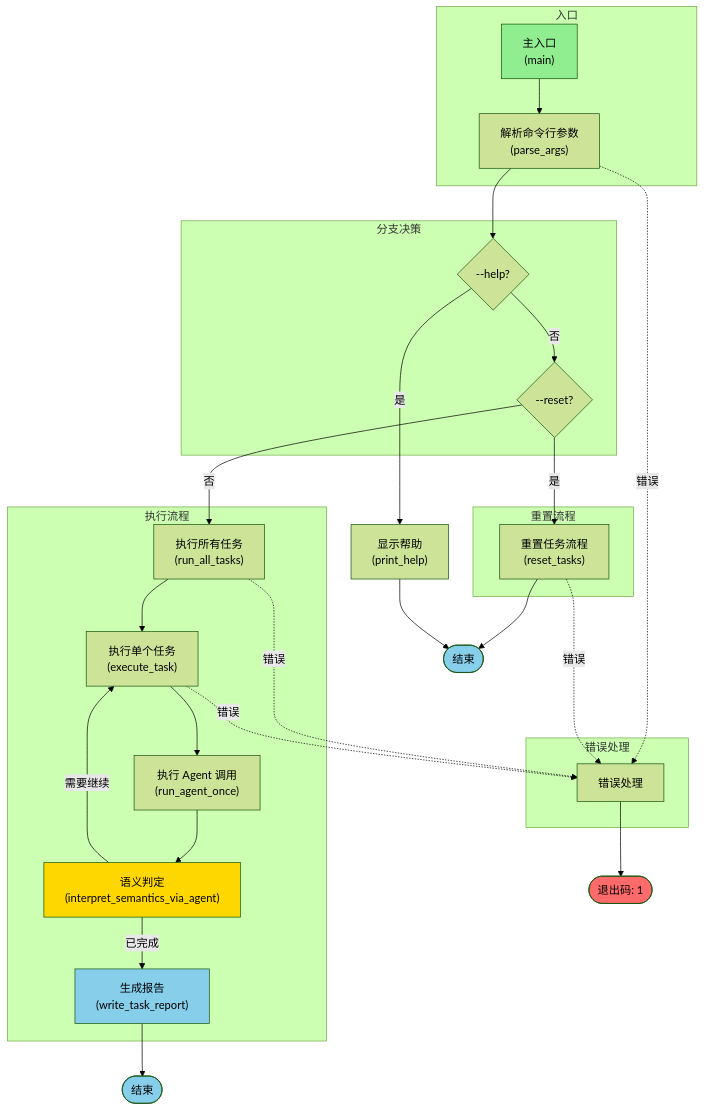
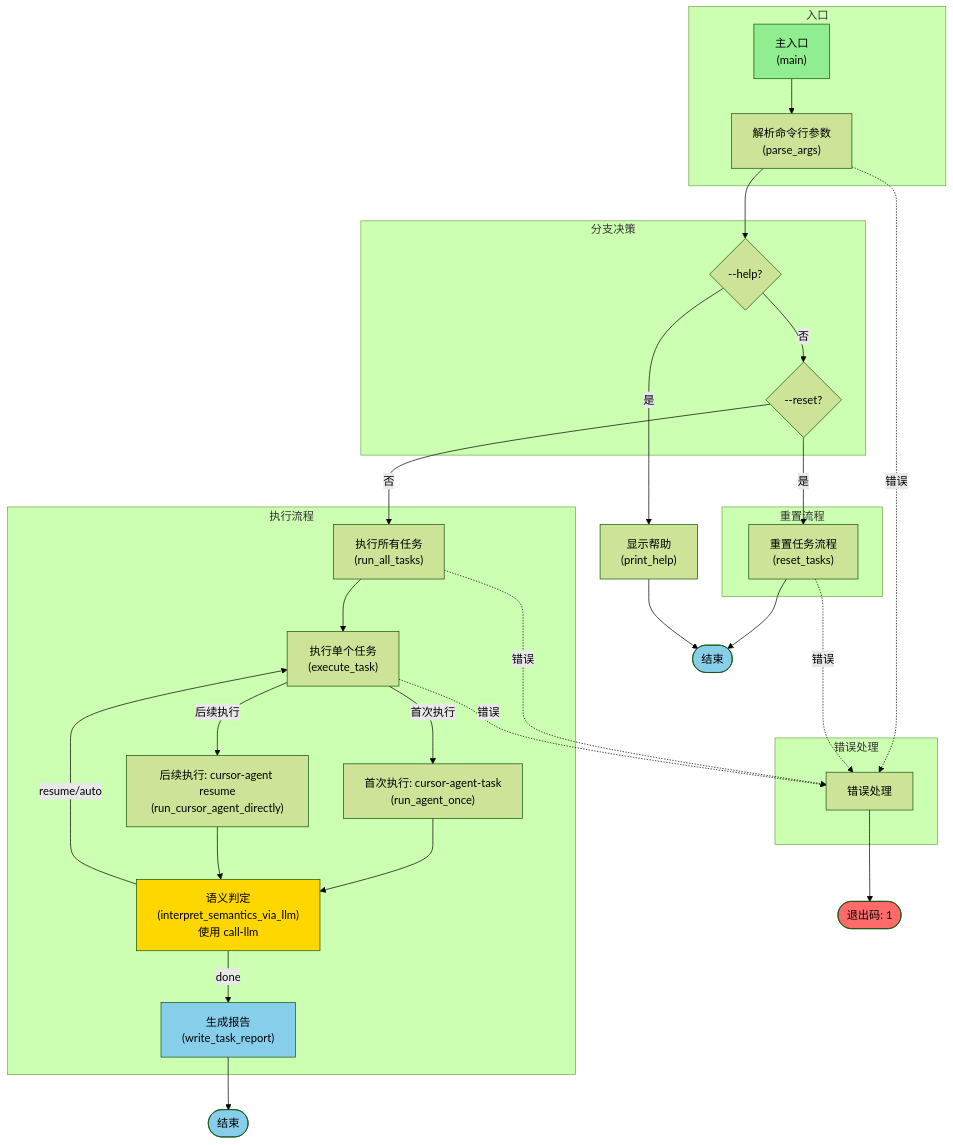
The tenth of 10 diagrams in doc/flowchart.md (smartdio/cursor-flow), drawn with Mermaid (forest theme) before and after one commit. The commit also changed other lines of this file and 2 other files, not shown here.

````diff
--- a/doc/flowchart.md
+++ b/doc/flowchart.md
@@ -292,58 +335,61 @@
 ```mermaid
 flowchart TB
     subgraph 入口
         Main["主入口<br/>(main)"]
         ParseArgs["解析命令行参数<br/>(parse_args)"]
     end
     
     subgraph 分支决策
         CheckHelp{--help?}
         CheckReset{--reset?}
     end
     
     subgraph 重置流程
         ResetTasks["重置任务流程<br/>(reset_tasks)"]
     end
     
     subgraph 执行流程
         RunAllTasks["执行所有任务<br/>(run_all_tasks)"]
         ExecuteTask["执行单个任务<br/>(execute_task)"]
-        RunAgent["执行 Agent 调用<br/>(run_agent_once)"]
-        SemanticJudge["语义判定<br/>(interpret_semantics_via_agent)"]
+        RunAgent["首次执行: cursor-agent-task<br/>(run_agent_once)"]
+        RunResume["后续执行: cursor-agent resume<br/>(run_cursor_agent_directly)"]
+        SemanticJudge["语义判定<br/>(interpret_semantics_via_llm)<br/>使用 call-llm"]
         GenerateReport["生成报告<br/>(write_task_report)"]
     end
     
     subgraph 错误处理
         ErrorHandler[错误处理]
     end
     
     Main --> ParseArgs
     ParseArgs --> CheckHelp
     CheckHelp -->|是| PrintHelp["显示帮助<br/>(print_help)"]
     CheckHelp -->|否| CheckReset
     CheckReset -->|是| ResetTasks
     CheckReset -->|否| RunAllTasks
     
     ResetTasks --> End1([结束])
     PrintHelp --> End1
     
     RunAllTasks --> ExecuteTask
-    ExecuteTask --> RunAgent
+    ExecuteTask -->|首次执行| RunAgent
+    ExecuteTask -->|后续执行| RunResume
     RunAgent --> SemanticJudge
-    SemanticJudge -->|需要继续| ExecuteTask
-    SemanticJudge -->|已完成| GenerateReport
+    RunResume --> SemanticJudge
+    SemanticJudge -->|done| GenerateReport
+    SemanticJudge -->|resume/auto| ExecuteTask
     GenerateReport --> End2([结束])
     
     ParseArgs -.->|错误| ErrorHandler
     ResetTasks -.->|错误| ErrorHandler
     RunAllTasks -.->|错误| ErrorHandler
     ExecuteTask -.->|错误| ErrorHandler
     ErrorHandler --> ErrorEnd([退出码: 1])
     
     style Main fill:#90EE90
     style End1 fill:#87CEEB
     style End2 fill:#87CEEB
     style ErrorEnd fill:#FF6B6B
     style SemanticJudge fill:#FFD700
     style GenerateReport fill:#87CEEB
 ```
````
